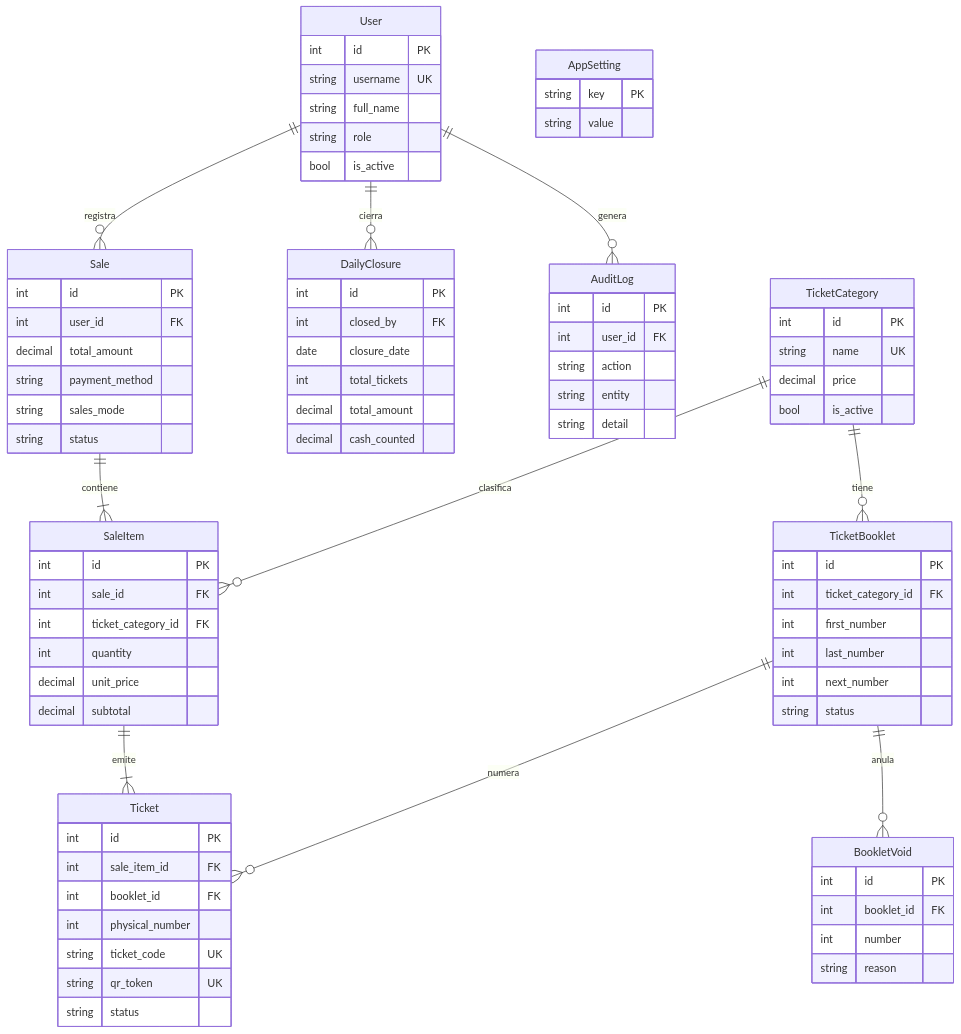
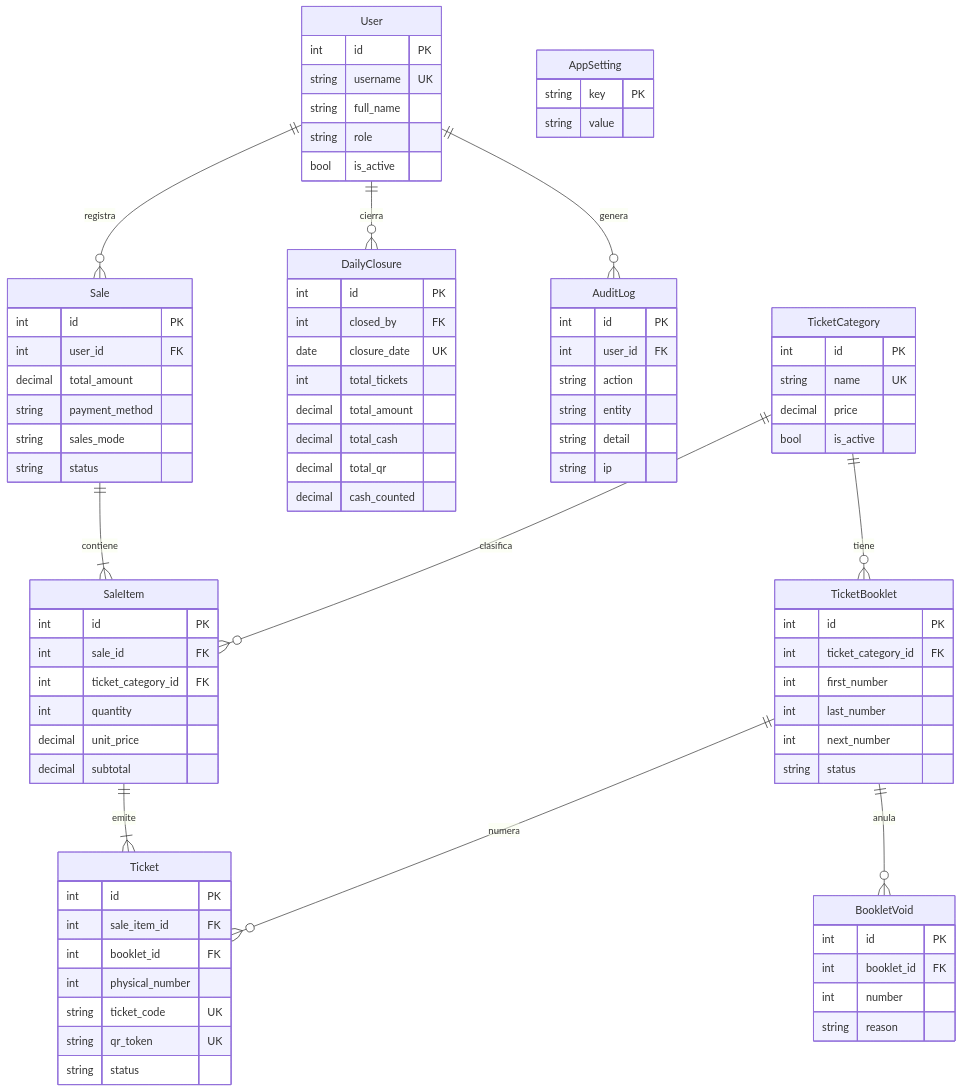
The diagram in README.md (Erickxdps/mhn-ticketing), drawn with Mermaid before and after one commit. The commit also changed other lines of this file and 120 other files, not shown here.

```diff
--- a/README.md
+++ b/README.md
@@ -211,9 +270,11 @@
     DailyClosure {
         int id PK
         int closed_by FK
-        date closure_date
+        date closure_date UK
         int total_tickets
         decimal total_amount
+        decimal total_cash
+        decimal total_qr
         decimal cash_counted
     }
     AuditLog {
@@ -222,6 +283,7 @@
         string action
         string entity
         string detail
+        string ip
     }
     AppSetting {
         string key PK
```
